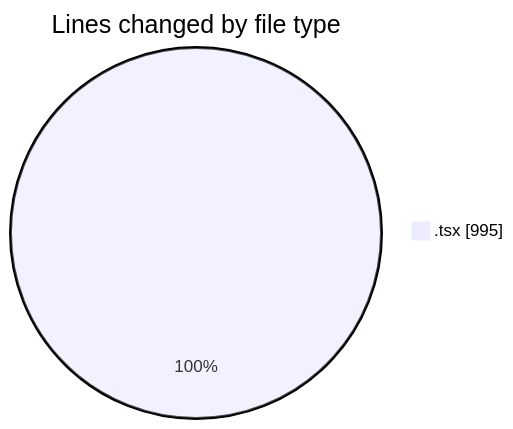
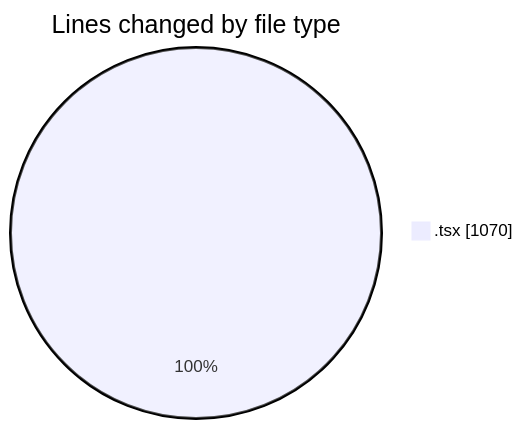
Before and after one commit to robertbonfada/code-tracking: the first of 2 diagrams in 2025-03-11/mbc-web/README.md, drawn with Mermaid. The commit also changed other lines of this file and 1 other file, not shown here.

````diff
--- a/2025-03-11/mbc-web/README.md
+++ b/2025-03-11/mbc-web/README.md
@@ -23,5 +24,5 @@
 ```mermaid
 pie showData
 title Lines changed by file type
-".tsx" : 995
+".tsx" : 1070
 ```
````
